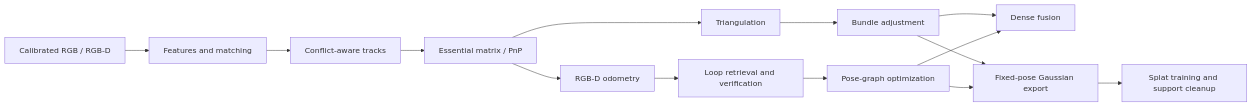
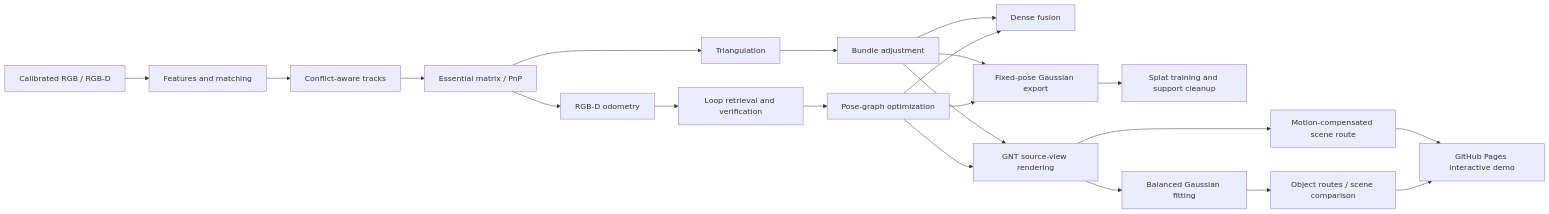
The diagram in README.md (humma-humma/sfm_recon), drawn with Mermaid before and after one commit. The commit also changed other lines of this file and 265 other files, not shown here.

````diff
--- a/README.md
+++ b/README.md
@@ -58,16 +63,23 @@
 ```mermaid
 flowchart LR
     A[Calibrated RGB / RGB-D] --> B[Features and matching]
     B --> C[Conflict-aware tracks]
     C --> D[Essential matrix / PnP]
     D --> E[Triangulation]
     E --> F[Bundle adjustment]
     D --> G[RGB-D odometry]
     G --> H[Loop retrieval and verification]
     H --> I[Pose-graph optimization]
     F --> J[Dense fusion]
     I --> J
     F --> K[Fixed-pose Gaussian export]
     I --> K
     K --> L[Splat training and support cleanup]
+    F --> M[GNT source-view rendering]
+    I --> M
+    M --> N[Motion-compensated scene route]
+    M --> O[Balanced Gaussian fitting]
+    O --> P[Object routes / scene comparison]
+    N --> Q[GitHub Pages interactive demo]
+    P --> Q
 ```
````
